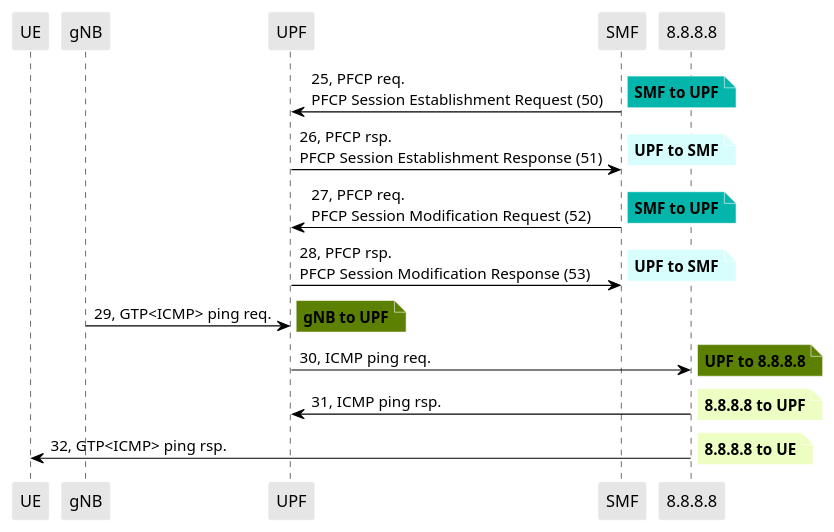
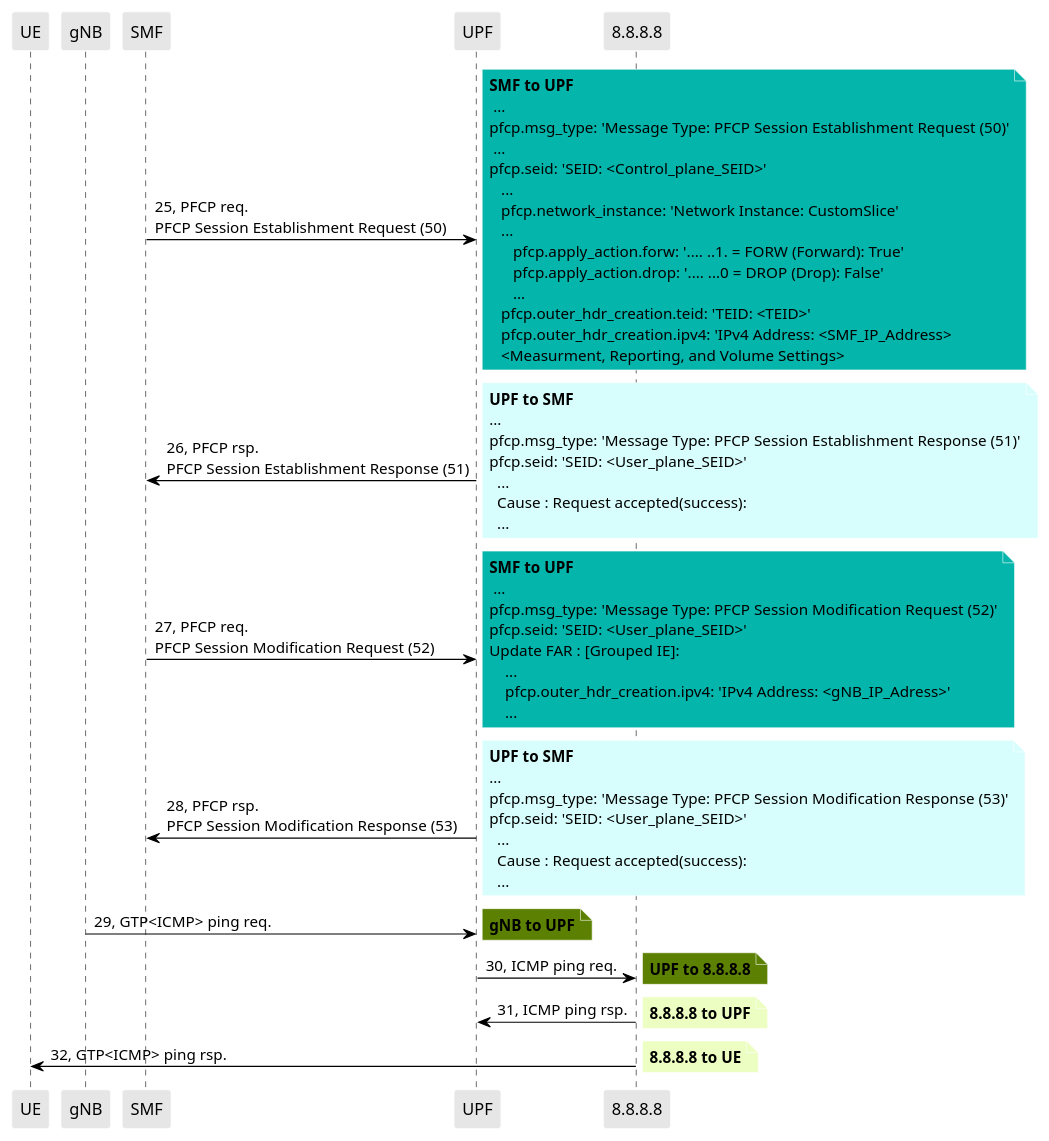
Before and after one commit to lilyhuegerich/5G: the diagram in PCAPS/Core/Background/start_one_upf_OS.puml, drawn with PlantUML. The commit also changed 2 other files, not shown here.

```diff
--- a/PCAPS/Core/Background/start_one_upf_OS.puml
+++ b/PCAPS/Core/Background/start_one_upf_OS.puml
@@ -1,65 +1,99 @@
 @startuml
 skinparam shadowing false
 skinparam NoteBorderColor white
 skinparam sequence {
     ArrowColor black
     LifeLineBorderColor black
     LifeLineBackgroundColor black
     ParticipantBorderColor white
     ParticipantBackgroundColor #e6e6e6
 }
 participant "UE"
 participant "gNB"
+participant "SMF"
 participant "UPF"
-participant "SMF"
 participant "8.8.8.8"
 
 "SMF" -> "UPF": 25, PFCP req.\nPFCP Session Establishment Request (50)
 
 note right #03B5AA
 **SMF to UPF**
+ ...
+pfcp.msg_type: 'Message Type: PFCP Session Establishment Request (50)'
+ ...
+pfcp.seid: 'SEID: <Control_plane_SEID>'
+'Create PDR : [Grouped IE]':
+   ...
+   pfcp.network_instance: 'Network Instance: CustomSlice'
+   'UE IP Address : <UE_IP_Address>:
+   ...
+      pfcp.apply_action.forw: '.... ..1. = FORW (Forward): True'
+      pfcp.apply_action.drop: '.... ...0 = DROP (Drop): False'
+      ...
+   pfcp.outer_hdr_creation.teid: 'TEID: <TEID>'
+   pfcp.outer_hdr_creation.ipv4: 'IPv4 Address: <SMF_IP_Address>
+   <Measurment, Reporting, and Volume Settings>
 end note
 
 "UPF" -> "SMF": 26, PFCP rsp.\nPFCP Session Establishment Response (51)
 
 note right #D7FEFC
 **UPF to SMF**
+...
+pfcp.msg_type: 'Message Type: PFCP Session Establishment Response (51)'
+pfcp.seid: 'SEID: <User_plane_SEID>'
+  ...
+  Cause : Request accepted(success):
+  ...
 end note
 
 "SMF" -> "UPF": 27, PFCP req.\nPFCP Session Modification Request (52)
 
 note right #03B5AA
 **SMF to UPF**
+ ...
+pfcp.msg_type: 'Message Type: PFCP Session Modification Request (52)'
+pfcp.seid: 'SEID: <User_plane_SEID>'
+Update FAR : [Grouped IE]:
+    ...
+    pfcp.outer_hdr_creation.ipv4: 'IPv4 Address: <gNB_IP_Adress>'
+    ...
 end note
 
 "UPF" -> "SMF": 28, PFCP rsp.\nPFCP Session Modification Response (53)
 
 note right #D7FEFC
 **UPF to SMF**
+...
+pfcp.msg_type: 'Message Type: PFCP Session Modification Response (53)'
+pfcp.seid: 'SEID: <User_plane_SEID>'
+  ...
+  Cause : Request accepted(success):
+  ...
 end note
 
 "gNB" -> "UPF": 29, GTP<ICMP> ping req.
 
 note right #5C8001
 **gNB to UPF**
 end note
 
 "UPF" -> "8.8.8.8": 30, ICMP ping req.
 
 note right #5C8001
 **UPF to 8.8.8.8**
 end note
 
 "8.8.8.8" -> "UPF": 31, ICMP ping rsp.
 
 note right #EDFEC2
 **8.8.8.8 to UPF**
 end note
 
 "8.8.8.8" -> "UE": 32, GTP<ICMP> ping rsp.
 
 note right #EDFEC2
 **8.8.8.8 to UE**
 end note
 
 @enduml
```
